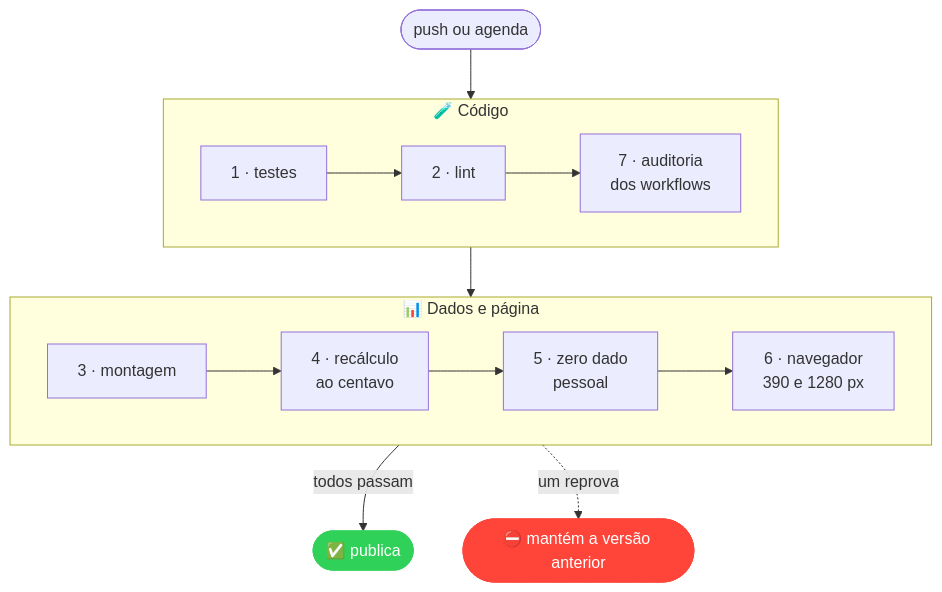
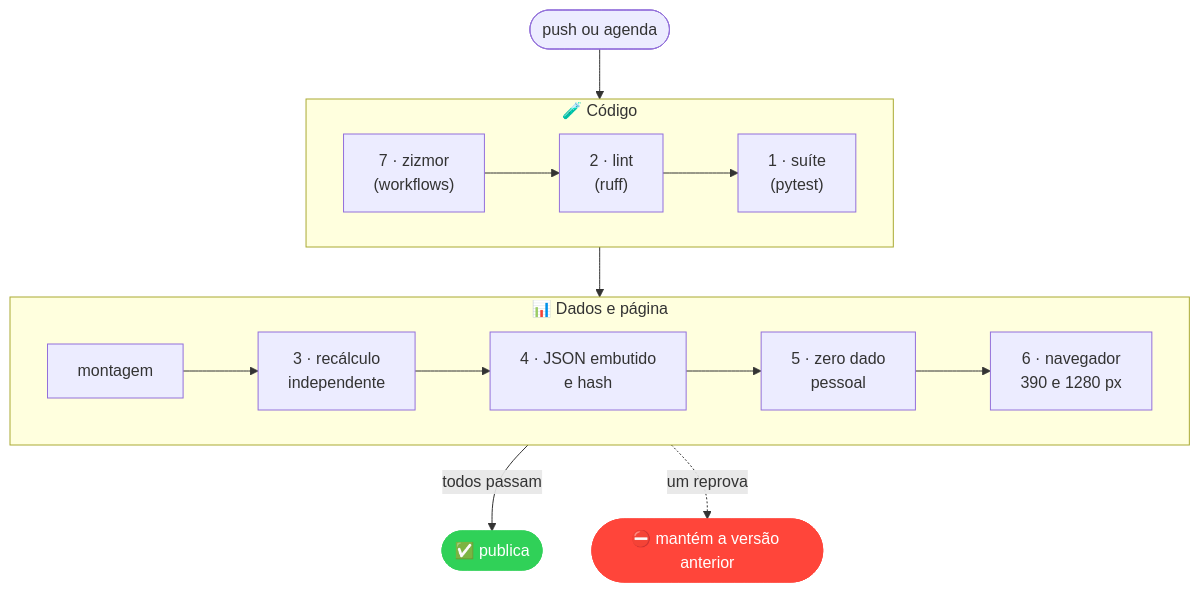
The fourth of 6 diagrams in README.md (marcelosaldanha-1978/painel-gof-baaplog), drawn with Mermaid before and after one commit. The commit also changed other lines of this file and 4 other files, not shown here.

First line of the commit message:
docs: corrige README e SECURITY pela auditoria independente

````diff
--- a/README.md
+++ b/README.md
@@ -116,17 +139,17 @@
 ```mermaid
 flowchart TB
     S(["push ou agenda"]) --> C
     subgraph C["🧪 Código"]
       direction LR
-      P1["1 · testes"] --> P2["2 · lint"] --> P7["7 · auditoria<br/>dos workflows"]
+      P7["7 · zizmor<br/>(workflows)"] --> P2["2 · lint<br/>(ruff)"] --> P1["1 · suíte<br/>(pytest)"]
     end
     C --> Dd
     subgraph Dd["📊 Dados e página"]
       direction LR
-      P3["3 · montagem"] --> P4["4 · recálculo<br/>ao centavo"] --> P5["5 · zero dado<br/>pessoal"] --> P6["6 · navegador<br/>390 e 1280 px"]
+      M["montagem"] --> P3["3 · recálculo<br/>independente"] --> P4["4 · JSON embutido<br/>e hash"] --> P5["5 · zero dado<br/>pessoal"] --> P6["6 · navegador<br/>390 e 1280 px"]
     end
     Dd -->|todos passam| OK(["✅ publica"])
     Dd -.->|um reprova| NO(["⛔ mantém a versão anterior"])
     style OK fill:#30d158,color:#fff,stroke:#30d158
     style NO fill:#ff453a,color:#fff,stroke:#ff453a
 ```
````
